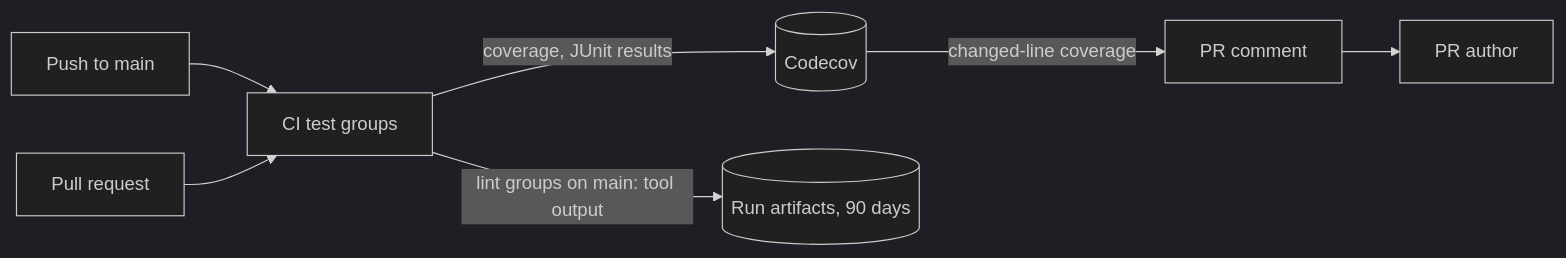
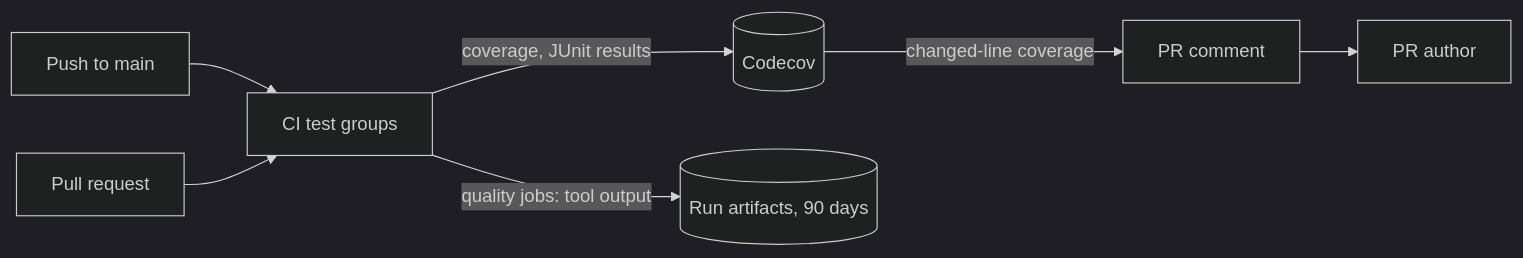
The diagram in docs/design-docs/test-quality-monitoring.md (syudead/vv), drawn with Mermaid (dark theme) before and after one commit. The commit also changed other lines of this file and 5 other files, not shown here.

````diff
--- a/docs/design-docs/test-quality-monitoring.md
+++ b/docs/design-docs/test-quality-monitoring.md
@@ -11,9 +11,9 @@
 ```mermaid
 flowchart LR
   push[Push to main] --> ci[CI test groups]
   pr[Pull request] --> ci
   ci -->|coverage, JUnit results| codecov[(Codecov)]
-  ci -->|lint groups on main: tool output| art[(Run artifacts, 90 days)]
+  ci -->|quality jobs: tool output| art[(Run artifacts, 90 days)]
   codecov -->|changed-line coverage| prc[PR comment]
   prc --> author[PR author]
 ```
````
